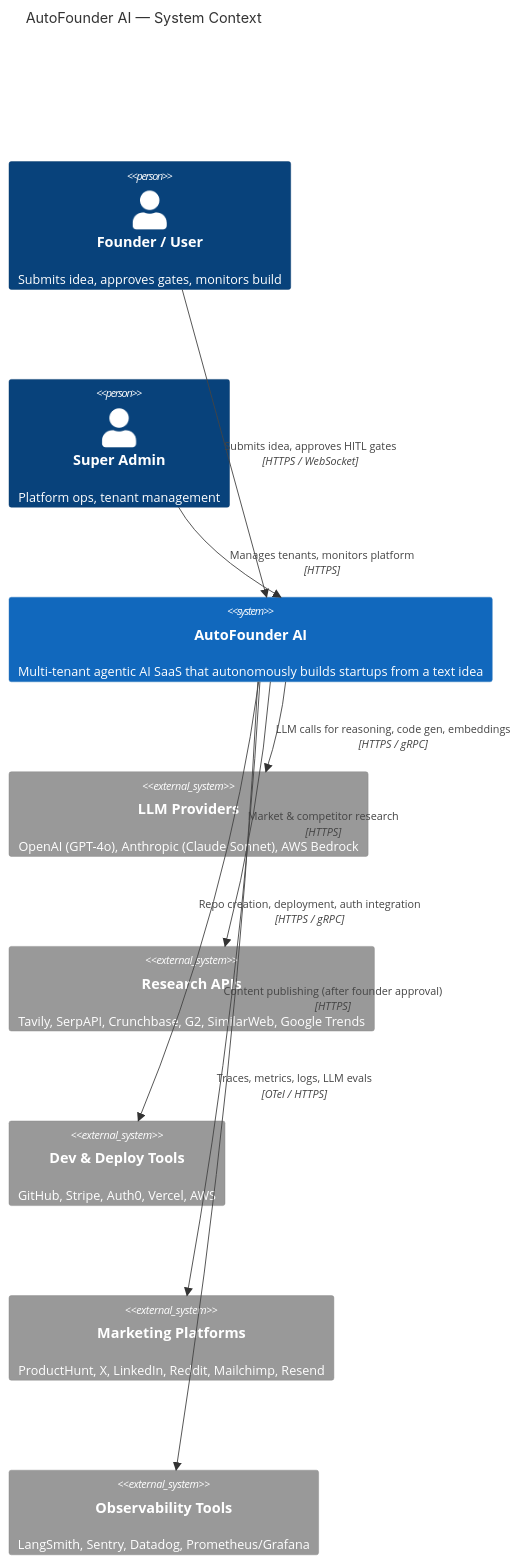
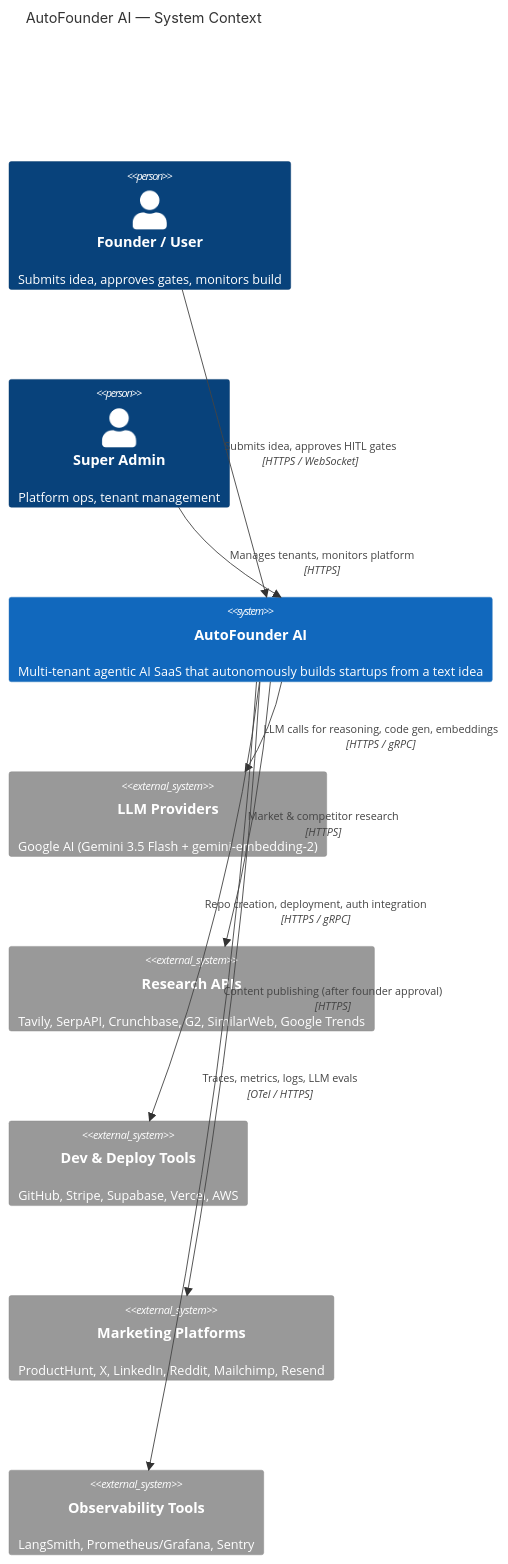
Before and after one commit to kaushraj1/AutoFounder: the first of 18 diagrams in docs/architecture/HLD.md, drawn with Mermaid. The commit also changed other lines of this file and 7 other files, not shown here.

````diff
--- a/docs/architecture/HLD.md
+++ b/docs/architecture/HLD.md
@@ -47,23 +47,23 @@
 ```mermaid
 C4Context
   title AutoFounder AI — System Context
 
   Person(founder, "Founder / User", "Submits idea, approves gates, monitors build")
   Person(admin, "Super Admin", "Platform ops, tenant management")
 
   System(autofounder, "AutoFounder AI", "Multi-tenant agentic AI SaaS that autonomously builds startups from a text idea")
 
-  System_Ext(llm, "LLM Providers", "OpenAI (GPT-4o), Anthropic (Claude Sonnet), AWS Bedrock")
+  System_Ext(llm, "LLM Providers", "Google AI (Gemini 3.5 Flash + gemini-embedding-2)")
   System_Ext(research, "Research APIs", "Tavily, SerpAPI, Crunchbase, G2, SimilarWeb, Google Trends")
-  System_Ext(devtools, "Dev & Deploy Tools", "GitHub, Stripe, Auth0, Vercel, AWS")
+  System_Ext(devtools, "Dev & Deploy Tools", "GitHub, Stripe, Supabase, Vercel, AWS")
   System_Ext(marketing, "Marketing Platforms", "ProductHunt, X, LinkedIn, Reddit, Mailchimp, Resend")
-  System_Ext(monitoring, "Observability Tools", "LangSmith, Sentry, Datadog, Prometheus/Grafana")
+  System_Ext(monitoring, "Observability Tools", "LangSmith, Prometheus/Grafana, Sentry")
 
   Rel(founder, autofounder, "Submits idea, approves HITL gates", "HTTPS / WebSocket")
   Rel(admin, autofounder, "Manages tenants, monitors platform", "HTTPS")
   Rel(autofounder, llm, "LLM calls for reasoning, code gen, embeddings", "HTTPS / gRPC")
   Rel(autofounder, research, "Market & competitor research", "HTTPS")
   Rel(autofounder, devtools, "Repo creation, deployment, auth integration", "HTTPS / gRPC")
   Rel(autofounder, marketing, "Content publishing (after founder approval)", "HTTPS")
   Rel(autofounder, monitoring, "Traces, metrics, logs, LLM evals", "OTel / HTTPS")
 ```
````
